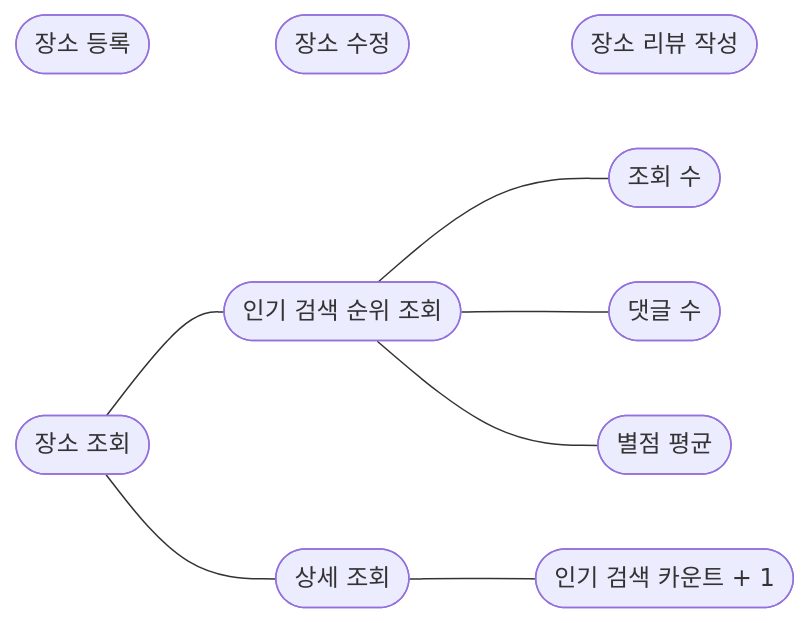
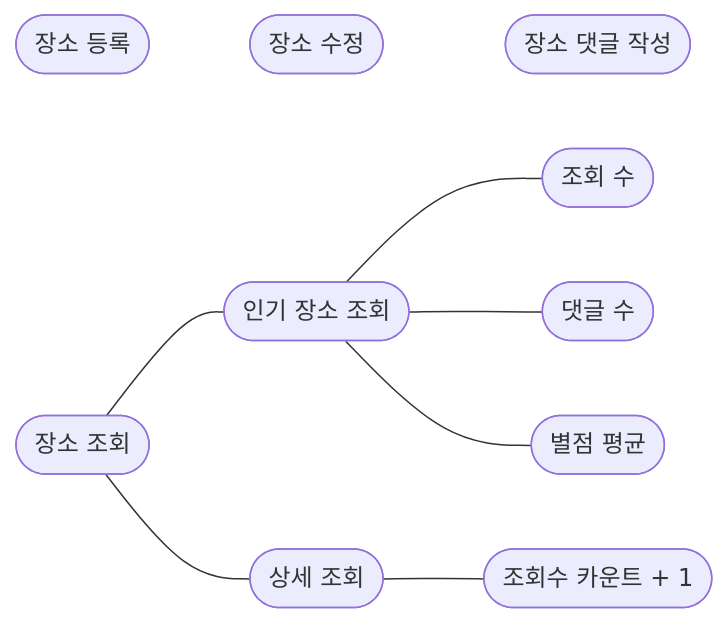
Before and after one commit to cbnu12/koc-new: the first of 3 diagrams in src/main/java/com/koc/place/place.usecase.md, drawn with Mermaid. The commit also changed 12 other files, not shown here.

````diff
--- a/src/main/java/com/koc/place/place.usecase.md
+++ b/src/main/java/com/koc/place/place.usecase.md
@@ -3,9 +3,9 @@
 ```mermaid
 flowchart LR
-    A1([장소 등록]) ~~~ A2([장소 수정]) ~~~ A5([장소 리뷰 작성])
-    A3([장소 조회]) --- A6([인기 검색 순위 조회])
+    A1([장소 등록]) ~~~ A2([장소 수정]) ~~~ A5([장소 댓글 작성])
+    A3([장소 조회]) --- A6([인기 장소 조회])
     A6 --- A8([조회 수])
     A6 --- A9([댓글 수])
     A6 --- A11([별점 평균])
-    A3 --- A7([상세 조회]) --- A10([인기 검색 카운트 + 1])
+    A3 --- A7([상세 조회]) --- A10([조회수 카운트 + 1])
 ```
````
